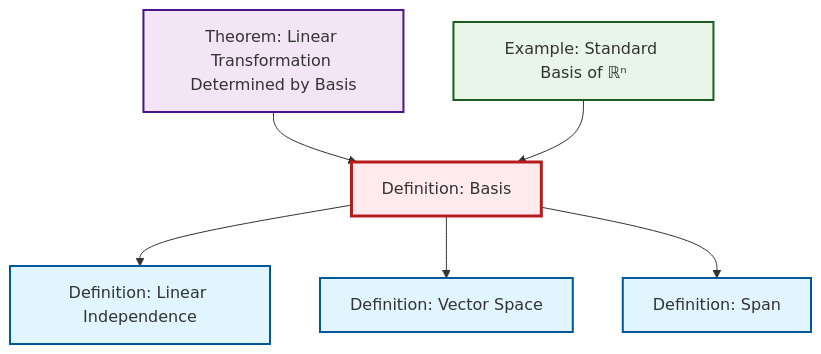
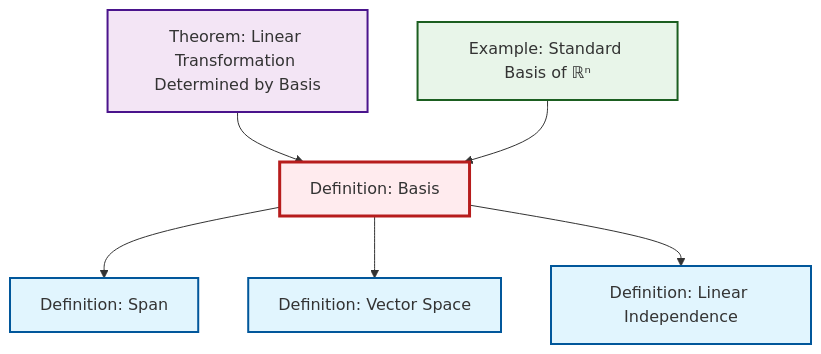
The diagram in content/ja/algebra/def-basis.qmd (RK0429/ModernMath), drawn with Mermaid before and after one commit. The commit also changed other lines of this file and 654 other files, not shown here.

````diff
--- a/content/ja/algebra/def-basis.qmd
+++ b/content/ja/algebra/def-basis.qmd
@@ -56,26 +56,26 @@
 ```{mermaid}
 %%| fig-cap: "Local dependency graph"
 graph TD
     classDef definition fill:#e1f5fe,stroke:#01579b,stroke-width:2px
     classDef theorem fill:#f3e5f5,stroke:#4a148c,stroke-width:2px
     classDef axiom fill:#fff3e0,stroke:#e65100,stroke-width:2px
     classDef example fill:#e8f5e9,stroke:#1b5e20,stroke-width:2px
     classDef current fill:#ffebee,stroke:#b71c1c,stroke-width:3px
     ex-standard-basis-rn["Example: Standard Basis of ℝⁿ"]:::example
+    def-span["Definition: Span"]:::definition
     def-basis["Definition: Basis"]:::definition
+    def-linear-independence["Definition: Linear Independence"]:::definition
     thm-linear-transformation-basis["Theorem: Linear Transformation Determined by Basis"]:::theorem
     def-vector-space["Definition: Vector Space"]:::definition
-    def-linear-independence["Definition: Linear Independence"]:::definition
-    def-span["Definition: Span"]:::definition
+    def-basis --> def-span
+    def-basis --> def-vector-space
     def-basis --> def-linear-independence
     thm-linear-transformation-basis --> def-basis
     ex-standard-basis-rn --> def-basis
-    def-basis --> def-vector-space
-    def-basis --> def-span
     class def-basis current
     click ex-standard-basis-rn "ex-standard-basis-rn.html" "Example: Standard Basis of ℝⁿへ"
+    click def-span "def-span.html" "Definition: Spanへ"
+    click def-linear-independence "def-linear-independence.html" "Definition: Linear Independenceへ"
     click thm-linear-transformation-basis "thm-linear-transformation-basis.html" "Theorem: Linear Transformation Determined by Basisへ"
     click def-vector-space "def-vector-space.html" "Definition: Vector Spaceへ"
-    click def-linear-independence "def-linear-independence.html" "Definition: Linear Independenceへ"
-    click def-span "def-span.html" "Definition: Spanへ"
 ```
````
